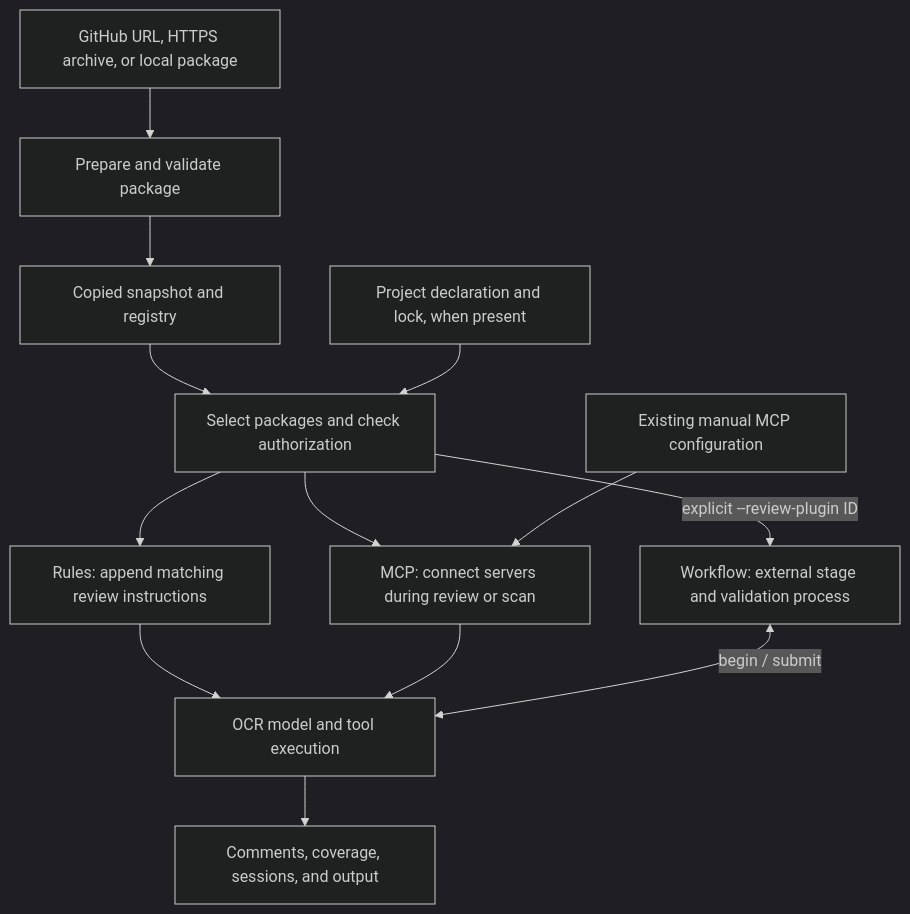
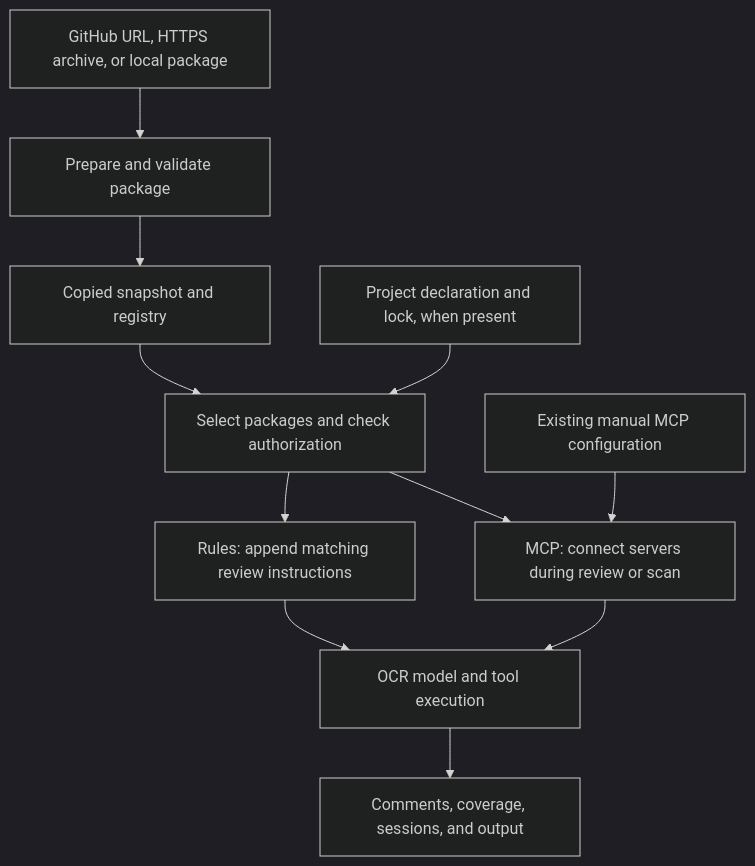
Before and after one commit to Qiyuanqiii/open-code-review: the first of 2 diagrams in docs/plugin-architecture.md, drawn with Mermaid (dark theme). The commit also changed other lines of this file and 42 other files, not shown here.

Commit message:
refactor(plugin): extract workflow support into a separate PR

````diff
--- a/docs/plugin-architecture.md
+++ b/docs/plugin-architecture.md
@@ -18,15 +17,13 @@
 ```mermaid
 flowchart TB
     source["GitHub URL, HTTPS archive, or local package"] --> prepare["Prepare and validate package"]
     prepare --> snapshot["Copied snapshot and registry"]
     snapshot --> selection["Select packages and check authorization"]
     policy["Project declaration and lock, when present"] --> selection
     selection --> rules["Rules: append matching review instructions"]
     selection --> mcp["MCP: connect servers during review or scan"]
-    selection -->|"explicit --review-plugin ID"| workflow["Workflow: external stage and validation process"]
     manual["Existing manual MCP configuration"] --> mcp
     rules --> host["OCR model and tool execution"]
     mcp --> host
-    workflow <-->|"begin / submit"| host
     host --> results["Comments, coverage, sessions, and output"]
 ```
````
